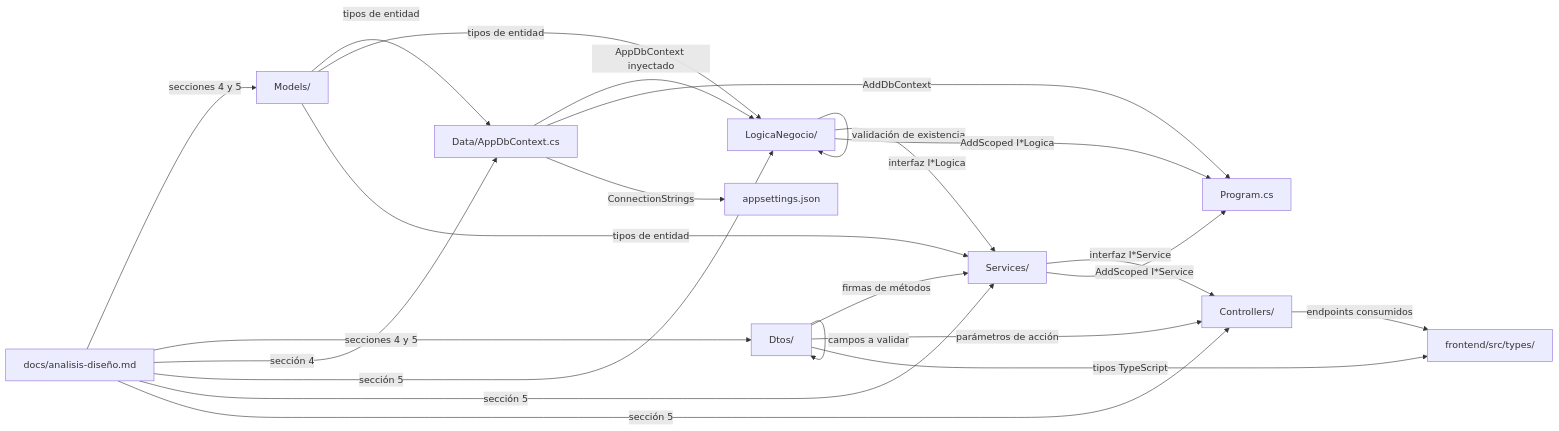
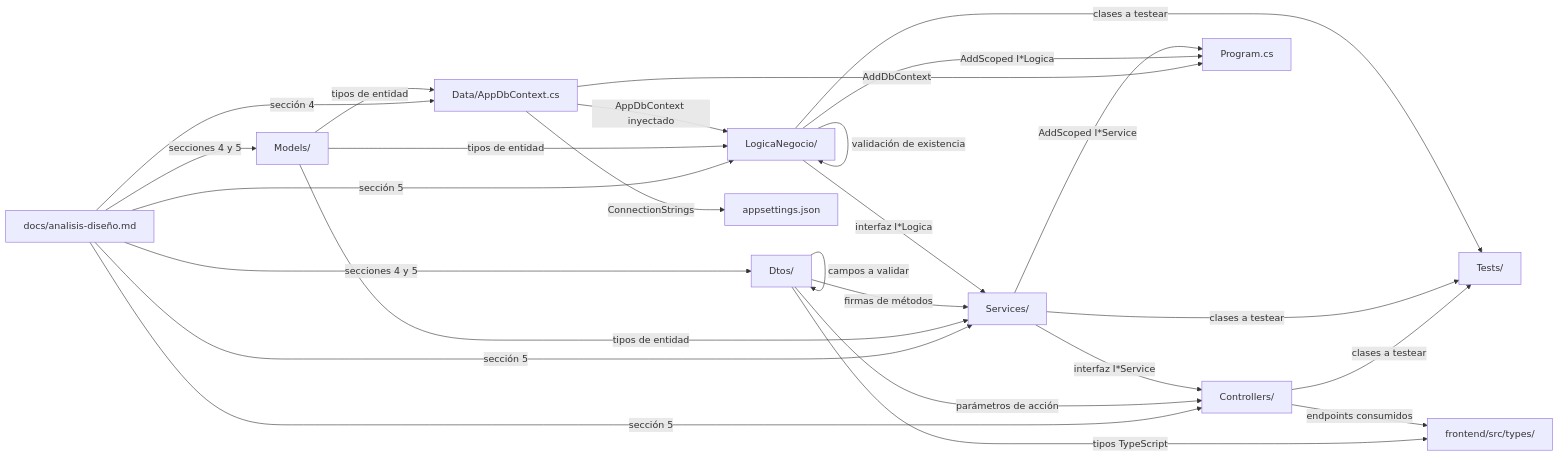
Before and after one commit to hispafox/DemoCopilot: the fourth of 8 diagrams in docs/skills-orquestacion.md, drawn with Mermaid. The commit also changed other lines of this file and 21 other files, not shown here.

````diff
--- a/docs/skills-orquestacion.md
+++ b/docs/skills-orquestacion.md
@@ -170,37 +175,43 @@
 ```mermaid
 graph LR
     AD["docs/analisis-diseño.md"]
     MO["Models/"]
     DT["Dtos/"]
     DB["Data/AppDbContext.cs"]
     LN["LogicaNegocio/"]
     SV["Services/"]
     CT["Controllers/"]
+    TS["Tests/"]
     PR["Program.cs"]
     AP["appsettings.json"]
 
     AD -->|"secciones 4 y 5"| MO
     AD -->|"secciones 4 y 5"| DT
     AD -->|"sección 4"| DB
     AD -->|"sección 5"| LN
     AD -->|"sección 5"| SV
     AD -->|"sección 5"| CT
 
     MO -->|"tipos de entidad"| DB
     MO -->|"tipos de entidad"| LN
     MO -->|"tipos de entidad"| SV
     DT -->|"campos a validar"| DT
     DT -->|"firmas de métodos"| SV
     DT -->|"parámetros de acción"| CT
     DB -->|"AppDbContext inyectado"| LN
     LN -->|"validación de existencia"| LN
     LN -->|"interfaz I*Logica"| SV
     SV -->|"interfaz I*Service"| CT
+    
+    CT -->|"clases a testear"| TS
+    SV -->|"clases a testear"| TS
+    LN -->|"clases a testear"| TS
+    
     DT -->|"tipos TypeScript"| FR["frontend/src/types/"]
     CT -->|"endpoints consumidos"| FR
 
     DB -->|"AddDbContext"| PR
     DB -->|"ConnectionStrings"| AP
     LN -->|"AddScoped I*Logica"| PR
     SV -->|"AddScoped I*Service"| PR
 ```
````
